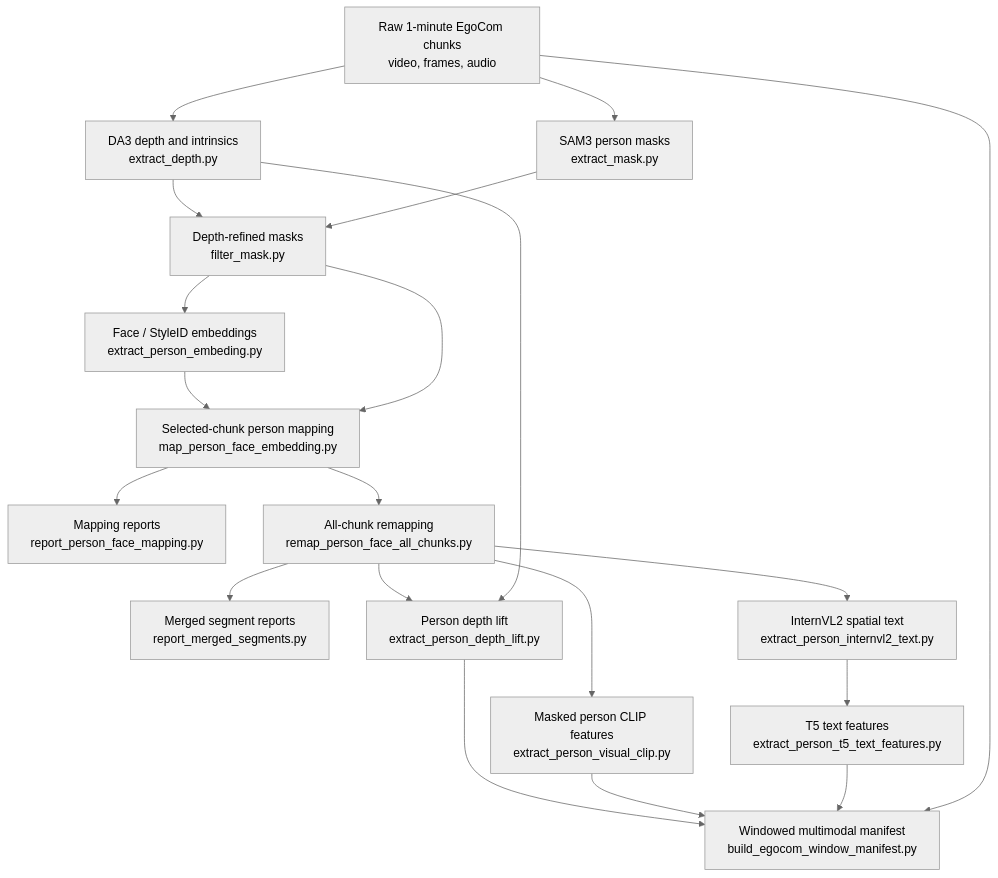
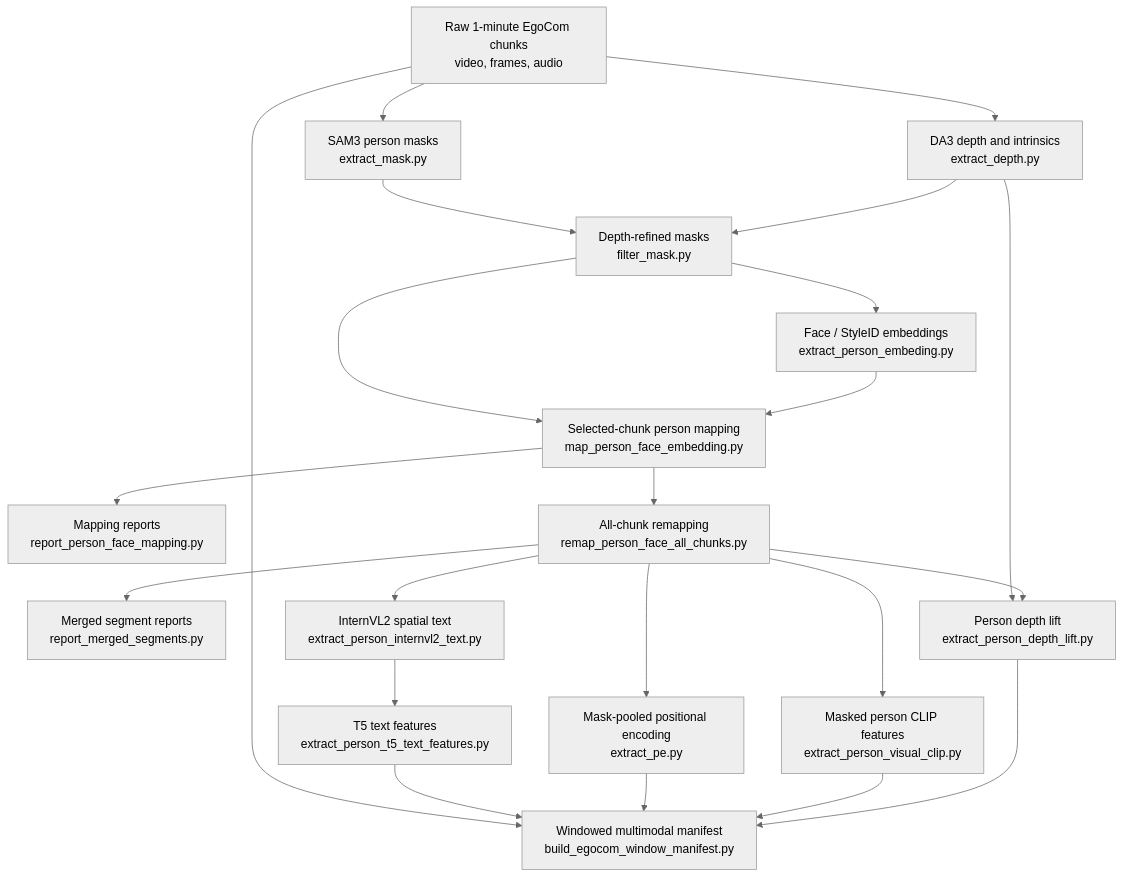
Before and after one commit to beautifulchoi/egocom-preprocess: the diagram in procedure.md, drawn with Mermaid (neutral theme). The commit also changed other lines of this file and 8 other files, not shown here.

First line of the commit message:
Add HTML documentation for EgoCom Mask-Pooled CLIP and DA3 features

````diff
--- a/procedure.md
+++ b/procedure.md
@@ -7,37 +7,40 @@
 ```mermaid
 flowchart TD
     raw[Raw 1-minute EgoCom chunks\nvideo, frames, audio]
     depth[DA3 depth and intrinsics\nextract_depth.py]
     mask[SAM3 person masks\nextract_mask.py]
     refined[Depth-refined masks\nfilter_mask.py]
     face[Face / StyleID embeddings\nextract_person_embeding.py]
     map[Selected-chunk person mapping\nmap_person_face_embedding.py]
     reports[Mapping reports\nreport_person_face_mapping.py]
     remap[All-chunk remapping\nremap_person_face_all_chunks.py]
     merge_reports[Merged segment reports\nreport_merged_segments.py]
     lift[Person depth lift\nextract_person_depth_lift.py]
     clip[Masked person CLIP features\nextract_person_visual_clip.py]
+    pe[Mask-pooled positional encoding\nextract_pe.py]
     text[InternVL2 spatial text\nextract_person_internvl2_text.py]
     t5[T5 text features\nextract_person_t5_text_features.py]
     manifest[Windowed multimodal manifest\nbuild_egocom_window_manifest.py]
 
     raw --> depth
     raw --> mask
     depth --> refined
     mask --> refined
     refined --> face
     face --> map
     refined --> map
     map --> reports
     map --> remap
     remap --> merge_reports
     remap --> lift
     remap --> clip
+    remap --> pe
     remap --> text
     depth --> lift
     text --> t5
     lift --> manifest
     clip --> manifest
+    pe --> manifest
     t5 --> manifest
     raw --> manifest
 ```
````
